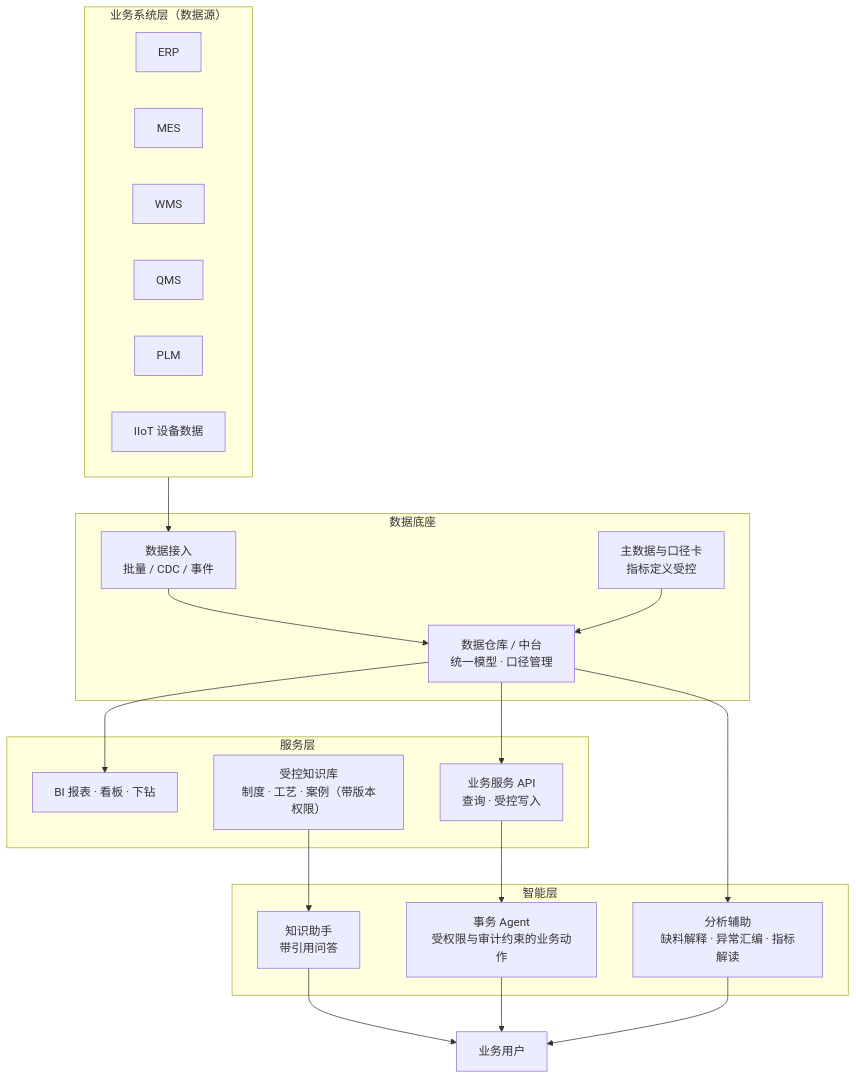
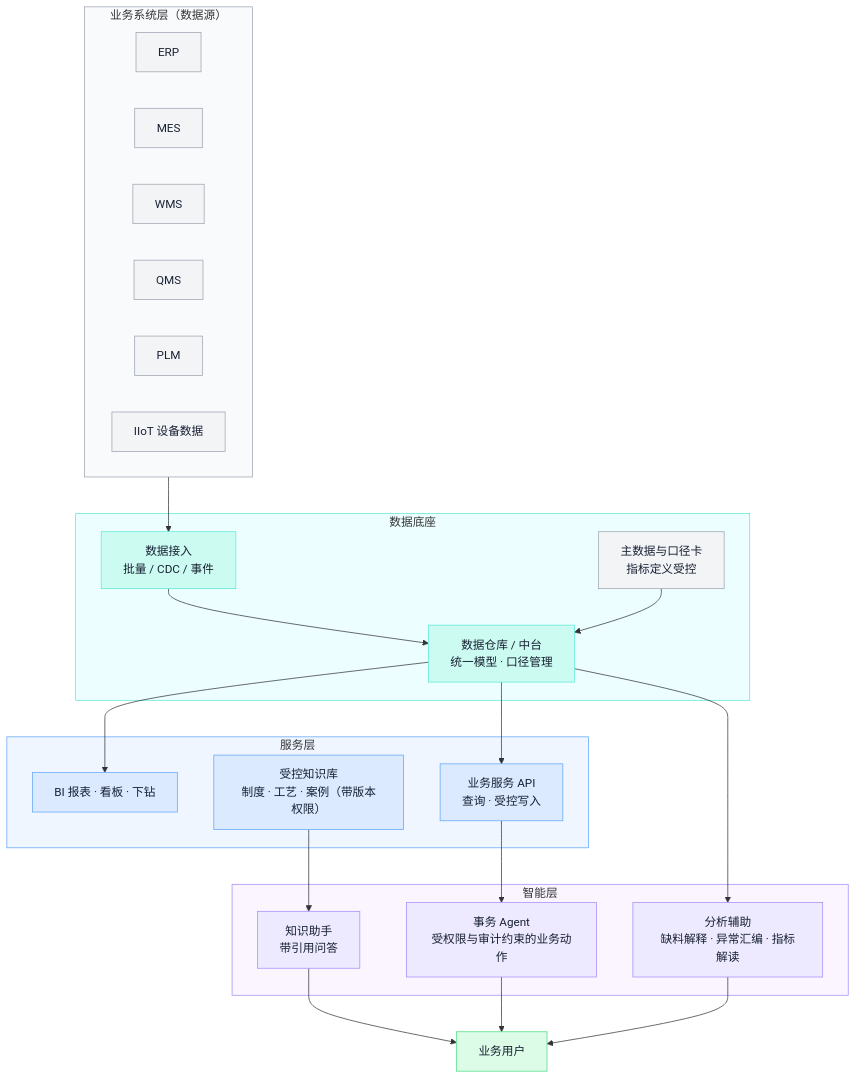
Before and after one commit to ink-hz/AI-Manufacturing-Platform: diagram 15 of 16 in docs/manufacturing-system-handbook.md, drawn with Mermaid. The commit also changed other lines of this file, not shown here.

Commit message:
docs: publish maintained handbook diagram colors

````diff
--- a/docs/manufacturing-system-handbook.md
+++ b/docs/manufacturing-system-handbook.md
@@ -741,34 +898,48 @@
 ```mermaid
 flowchart TB
     subgraph SRC [业务系统层（数据源）]
         S1[ERP] 
         S2[MES]
         S3[WMS]
         S4[QMS]
         S5[PLM]
         S6[IIoT 设备数据]
     end
     subgraph BASE [数据底座]
         ODS[数据接入<br/>批量 / CDC / 事件]
         DWH[数据仓库 / 中台<br/>统一模型 · 口径管理]
         MDMx[主数据与口径卡<br/>指标定义受控]
     end
     subgraph SERV [服务层]
         BI2[BI 报表 · 看板 · 下钻]
         KB[受控知识库<br/>制度 · 工艺 · 案例（带版本权限）]
         API2[业务服务 API<br/>查询 · 受控写入]
     end
     subgraph AGT [智能层]
         A1[知识助手<br/>带引用问答]
         A2[分析辅助<br/>缺料解释 · 异常汇编 · 指标解读]
         A3[事务 Agent<br/>受权限与审计约束的业务动作]
     end
     SRC --> ODS --> DWH
     MDMx --> DWH
     DWH --> BI2
     DWH --> API2
     KB --> A1
     DWH --> A2
     API2 --> A3
     A1 & A2 & A3 --> U[业务用户]
+    class S1,S2,S3,S4,S5,S6,MDMx store
+    class ODS,DWH flow
+    class BI2,KB,API2 biz
+    class A1,A2,A3 eng
+    class U exec
+    style SRC fill:#F8FAFC,stroke:#9CA3AF
+    style BASE fill:#ECFEFF,stroke:#5EEAD4
+    style SERV fill:#EFF6FF,stroke:#60A5FA
+    style AGT fill:#FAF5FF,stroke:#A78BFA
+    classDef store fill:#F3F4F6,stroke:#9CA3AF,color:#172033;
+    classDef flow fill:#CCFBF1,stroke:#5EEAD4,color:#172033;
+    classDef biz fill:#DBEAFE,stroke:#60A5FA,color:#172033;
+    classDef eng fill:#EDE9FE,stroke:#A78BFA,color:#172033;
+    classDef exec fill:#DCFCE7,stroke:#4ADE80,color:#172033;
 ```
````
